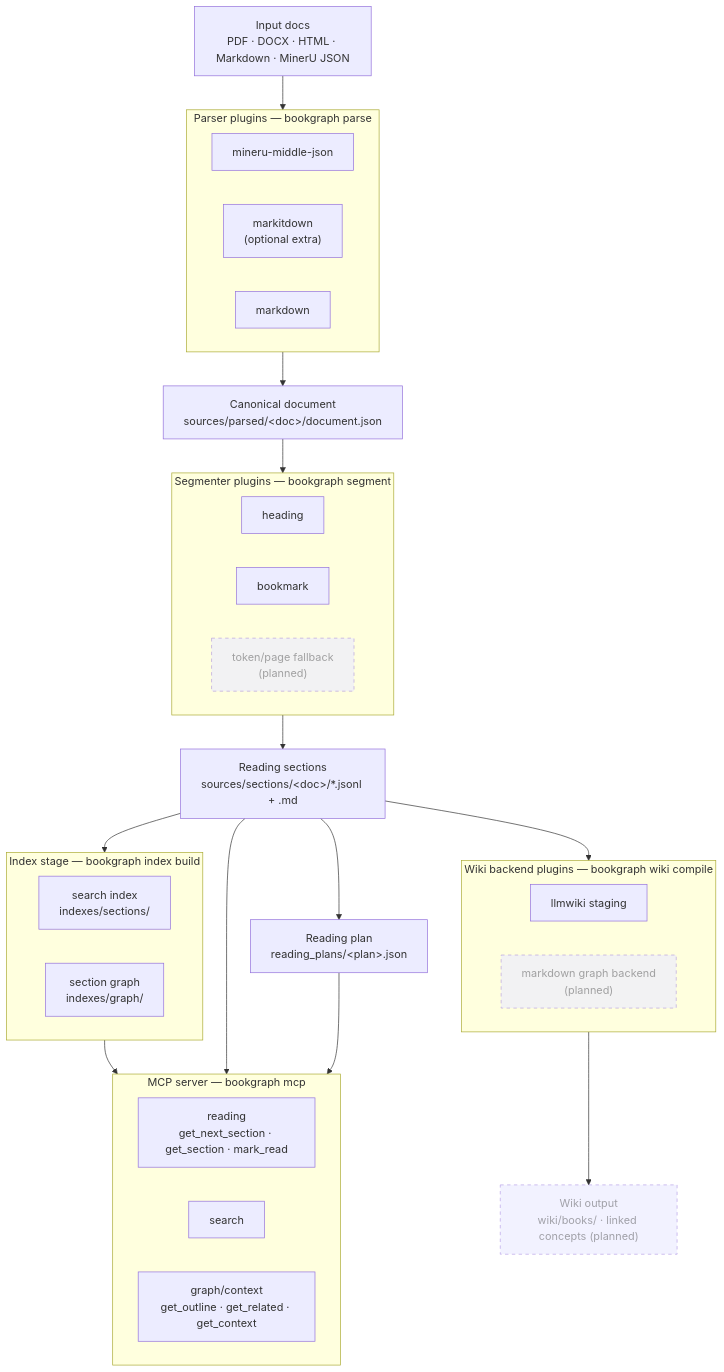
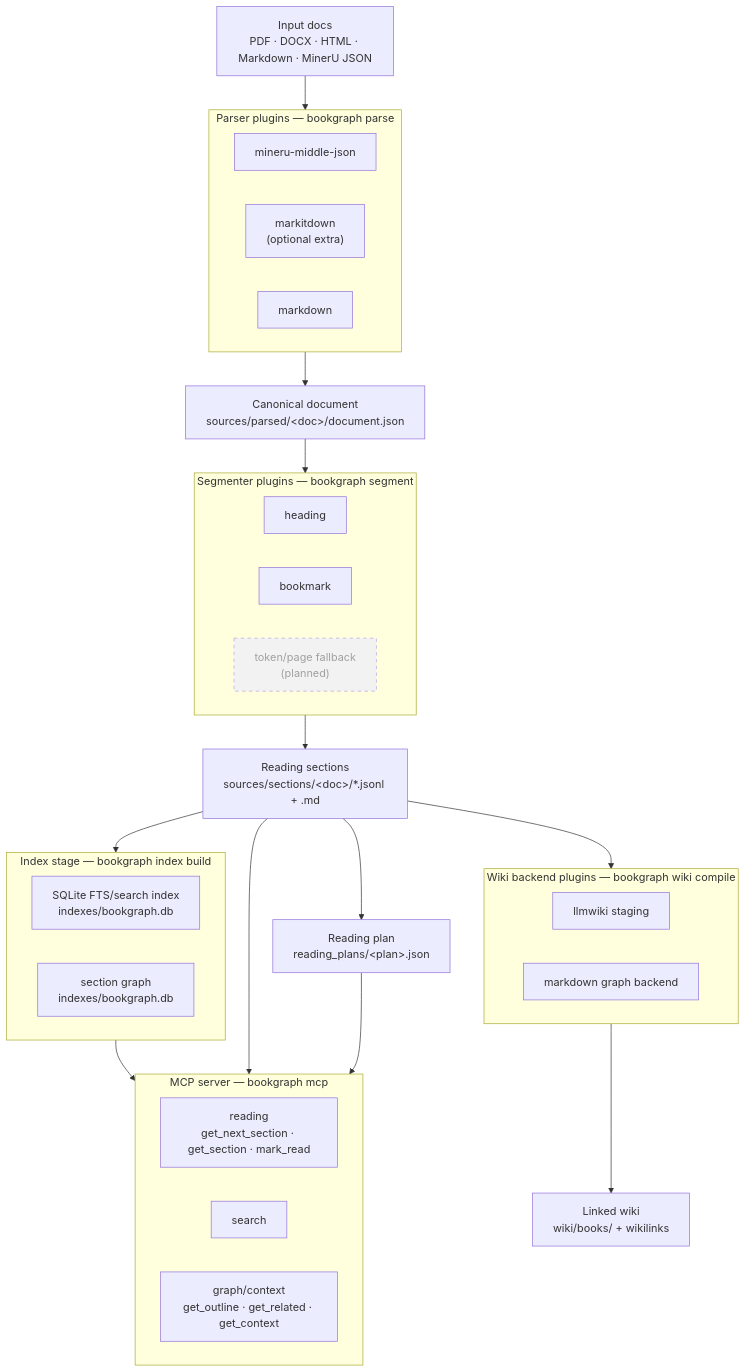
The diagram in README.md (chimeyrock999/bookgraph), drawn with Mermaid before and after one commit. The commit also changed other lines of this file and 8 other files, not shown here.

First line of the commit message:
feat: add markdown graph wiki backend (#16)

````diff
--- a/README.md
+++ b/README.md
@@ -16,56 +16,56 @@
 ```mermaid
 flowchart TD
     docs["Input docs<br/>PDF · DOCX · HTML · Markdown · MinerU JSON"]
 
     docs --> P
 
     subgraph P["Parser plugins — bookgraph parse"]
         direction LR
         P1["mineru-middle-json"]
         P2["markitdown<br/>(optional extra)"]
         P3["markdown"]
     end
 
     P --> DOC["Canonical document<br/>sources/parsed/&lt;doc&gt;/document.json"]
     DOC --> S
 
     subgraph S["Segmenter plugins — bookgraph segment"]
         direction LR
         S1["heading"]
         S2["bookmark"]
         S3["token/page fallback<br/>(planned)"]:::planned
     end
 
     S --> SEC["Reading sections<br/>sources/sections/&lt;doc&gt;/*.jsonl + .md"]
 
     SEC --> IDX
     SEC --> RP["Reading plan<br/>reading_plans/&lt;plan&gt;.json"]
     SEC --> W
 
     subgraph IDX["Index stage — bookgraph index build"]
         direction LR
-        IDX1["search index<br/>indexes/sections/"]
-        IDX2["section graph<br/>indexes/graph/"]
+        IDX1["SQLite FTS/search index<br/>indexes/bookgraph.db"]
+        IDX2["section graph<br/>indexes/bookgraph.db"]
     end
 
     subgraph W["Wiki backend plugins — bookgraph wiki compile"]
         direction LR
         W1["llmwiki staging"]
-        W2["markdown graph backend<br/>(planned)"]:::planned
+        W2["markdown graph backend"]
     end
 
-    W --> WIKI["Wiki output<br/>wiki/books/ · linked concepts (planned)"]:::planned
+    W --> WIKI["Linked wiki<br/>wiki/books/ + wikilinks"]
 
     IDX --> MCP
     SEC --> MCP
     RP --> MCP
 
     subgraph MCP["MCP server — bookgraph mcp"]
         direction LR
         MCP1["reading<br/>get_next_section · get_section · mark_read"]
         MCP2["search"]
         MCP3["graph/context<br/>get_outline · get_related · get_context"]
     end
 
     classDef planned stroke-dasharray:5,opacity:0.65;
 ```
````
